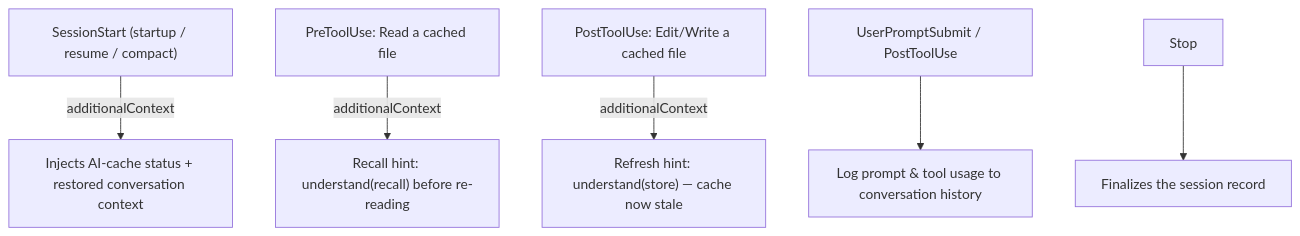
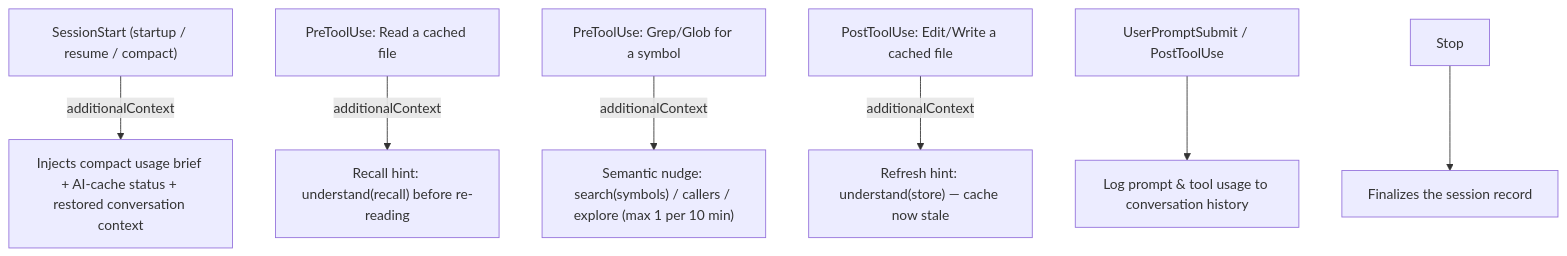
One commit to civyk-official/civyk-repoix changed the first of 2 diagrams in README.md. Above: the diagram before and after it, drawn with Mermaid. The commit also changed other lines of this file and 1 other file, not shown here.

````diff
--- a/README.md
+++ b/README.md
@@ -362,8 +381,9 @@
 ```mermaid
 flowchart TD
-    A["SessionStart (startup / resume / compact)"] -->|additionalContext| B["Injects AI-cache status + restored conversation context"]
+    A["SessionStart (startup / resume / compact)"] -->|additionalContext| B["Injects compact usage brief + AI-cache status + restored conversation context"]
     R["PreToolUse: Read a cached file"] -->|additionalContext| RH["Recall hint: understand(recall) before re-reading"]
+    S["PreToolUse: Grep/Glob for a symbol"] -->|additionalContext| SH["Semantic nudge: search(symbols) / callers / explore (max 1 per 10 min)"]
     W["PostToolUse: Edit/Write a cached file"] -->|additionalContext| WH["Refresh hint: understand(store) — cache now stale"]
     C["UserPromptSubmit / PostToolUse"] --> D["Log prompt & tool usage to conversation history"]
     G["Stop"] --> H["Finalizes the session record"]
 ```
````
